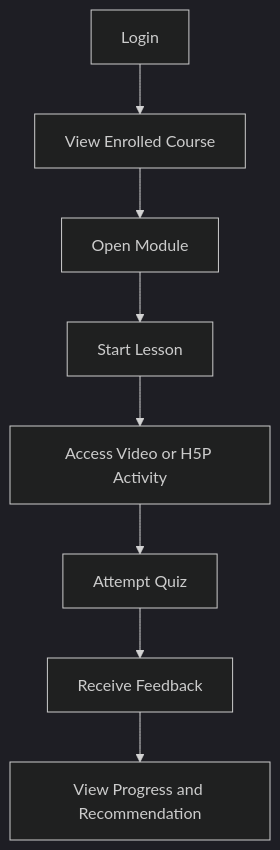
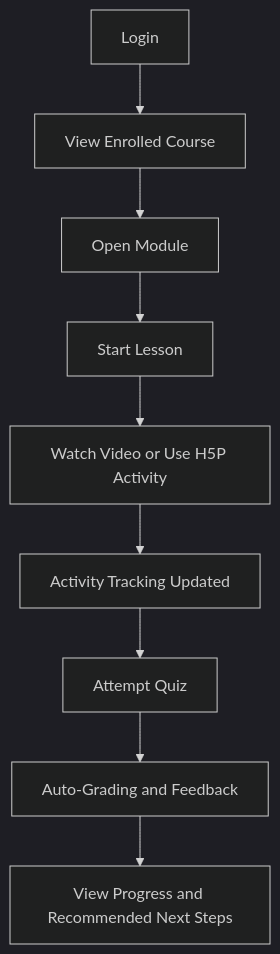
Before and after one commit to wingkit123/QuestLearn: the second of 6 diagrams in Use-Cases.md, drawn with Mermaid (dark theme). The commit also changed other lines of this file and 11 other files, not shown here.

````diff
--- a/Use-Cases.md
+++ b/Use-Cases.md
@@ -266,10 +362,11 @@
 ```mermaid
 flowchart TD
     A[Login] --> B[View Enrolled Course]
     B --> C[Open Module]
     C --> D[Start Lesson]
-    D --> E[Access Video or H5P Activity]
-    E --> F[Attempt Quiz]
-    F --> G[Receive Feedback]
-    G --> H[View Progress and Recommendation]
+    D --> E[Watch Video or Use H5P Activity]
+    E --> F[Activity Tracking Updated]
+    F --> G[Attempt Quiz]
+    G --> H[Auto-Grading and Feedback]
+    H --> I[View Progress and Recommended Next Steps]
 ```
````
